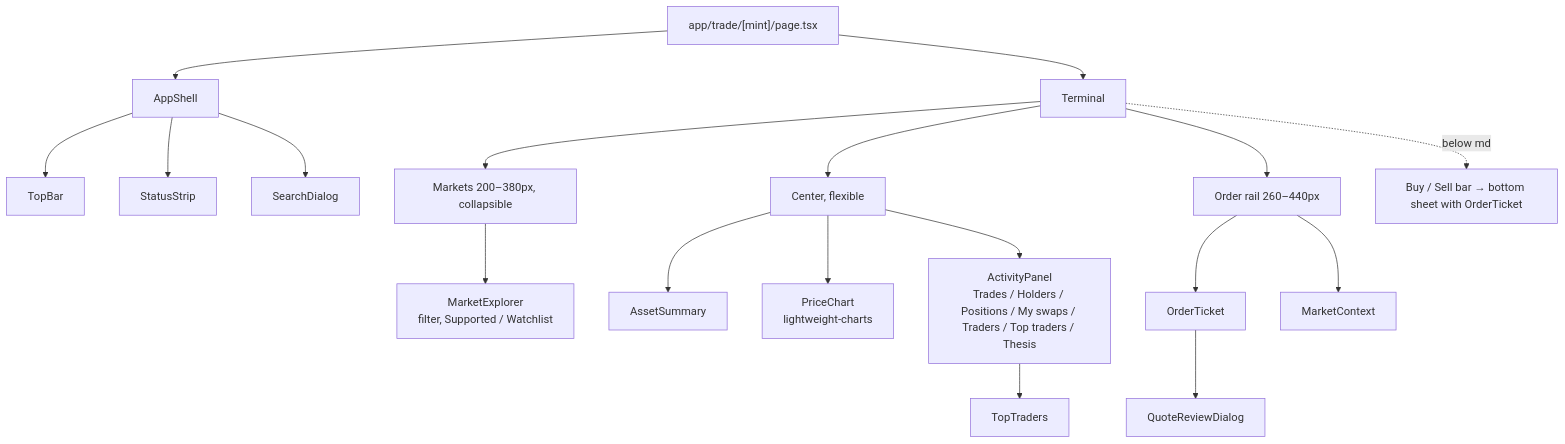
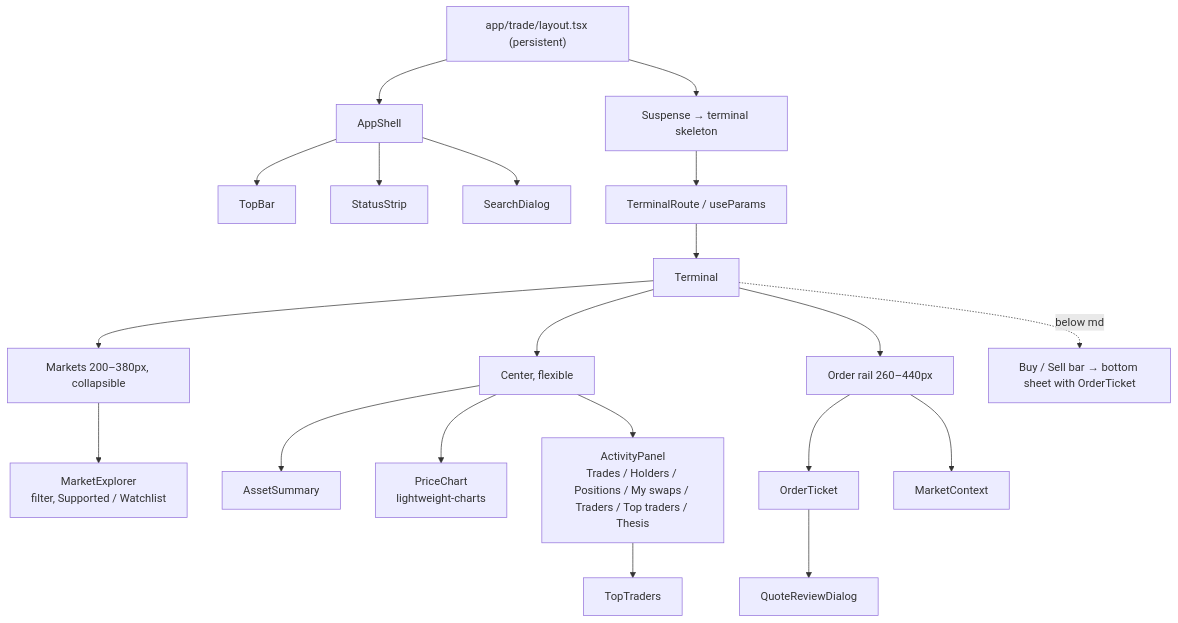
One commit to jog01/agele-web changed the third of 7 diagrams in docs/architecture.md. Above: the diagram before and after it, drawn with Mermaid. The commit also changed other lines of this file and 8 other files, not shown here.

````diff
--- a/docs/architecture.md
+++ b/docs/architecture.md
@@ -68,19 +68,20 @@
 ```mermaid
 flowchart TB
-  PAGE["app/trade/[mint]/page.tsx"] --> SHELL[AppShell]
+  LAYOUT["app/trade/layout.tsx (persistent)"] --> SHELL[AppShell]
   SHELL --> TOP[TopBar]
   SHELL --> STRIP[StatusStrip]
   SHELL --> SD[SearchDialog]
-  PAGE --> TERM[Terminal]
+  LAYOUT --> INITIAL["Suspense → terminal skeleton"]
+  INITIAL --> ROUTE["TerminalRoute / useParams"] --> TERM[Terminal]
   TERM --> L[Markets 200–380px, collapsible]
   TERM --> M[Center, flexible]
   TERM --> R[Order rail 260–440px]
   L --> EXP[MarketExplorer<br/>filter, Supported / Watchlist]
   M --> SUM[AssetSummary]
   M --> CH[PriceChart<br/>lightweight-charts]
   M --> ACT[ActivityPanel<br/>Trades / Holders / Positions / My swaps / Traders / Top traders / Thesis]
   ACT --> TT[TopTraders]
   R --> OT[OrderTicket] --> QR[QuoteReviewDialog]
   R --> MC[MarketContext]
   TERM -. "below md" .-> SHEET[Buy / Sell bar → bottom sheet with OrderTicket]
 ```
````
